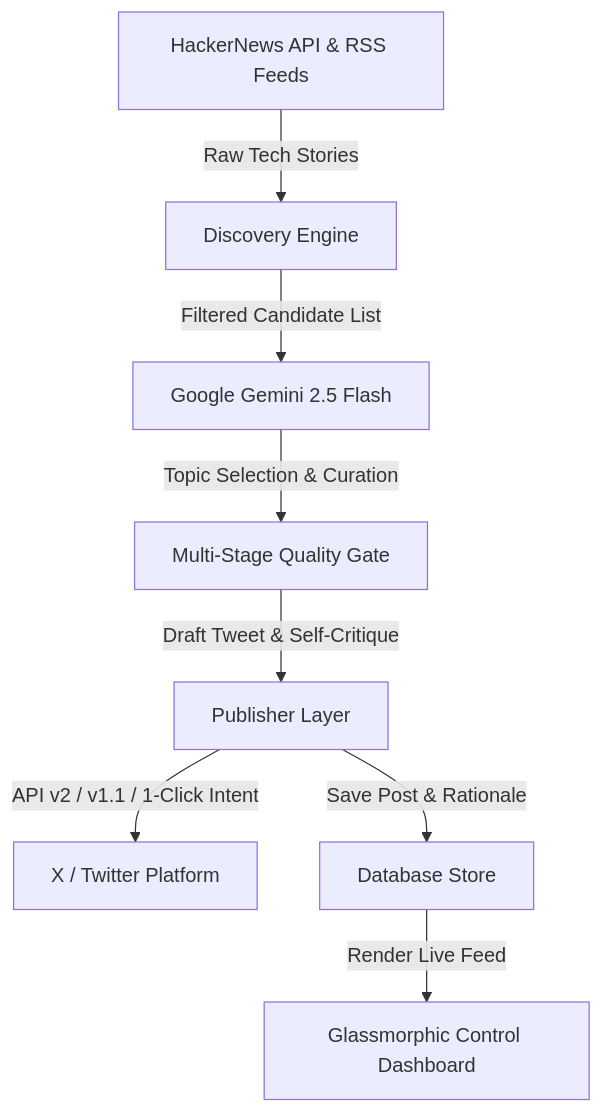
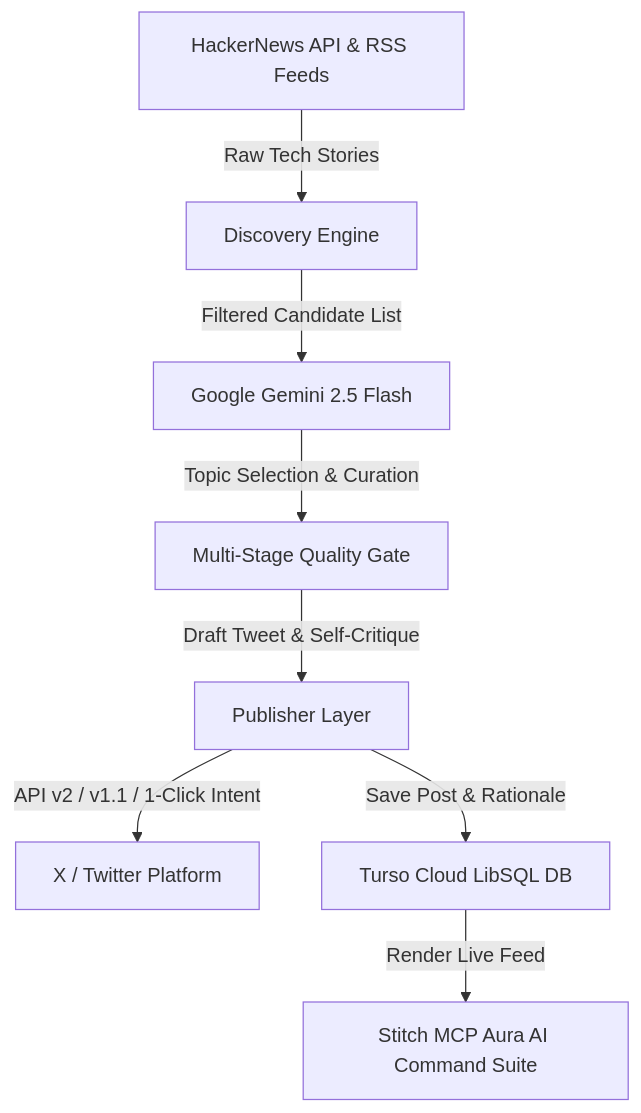
Before and after one commit to sk70-1/AI_CREATOR: the diagram in PROMPTS.md, drawn with Mermaid. The commit also changed other lines of this file and 1 other file, not shown here.

Commit message:
Update README and PROMPTS.md with Stitch MCP and Turso DB documentation

````diff
--- a/PROMPTS.md
+++ b/PROMPTS.md
@@ -9,10 +9,10 @@
 ```mermaid
 graph TD
     A[HackerNews API & RSS Feeds] -->|Raw Tech Stories| B[Discovery Engine]
     B -->|Filtered Candidate List| C[Google Gemini 2.5 Flash]
     C -->|Topic Selection & Curation| D[Multi-Stage Quality Gate]
     D -->|Draft Tweet & Self-Critique| E[Publisher Layer]
     E -->|API v2 / v1.1 / 1-Click Intent| F[X / Twitter Platform]
-    E -->|Save Post & Rationale| G[Database Store]
-    G -->|Render Live Feed| H[Glassmorphic Control Dashboard]
+    E -->|Save Post & Rationale| G[Turso Cloud LibSQL DB]
+    G -->|Render Live Feed| H[Stitch MCP Aura AI Command Suite]
 ```
````
